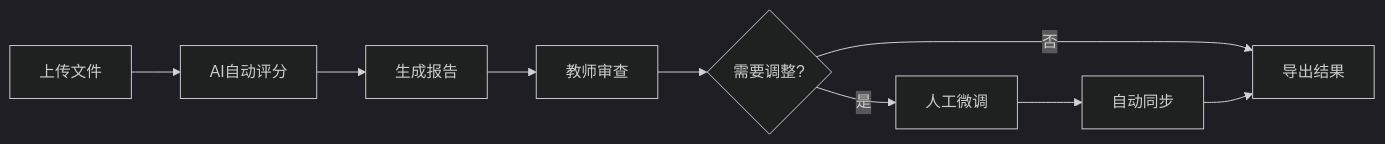
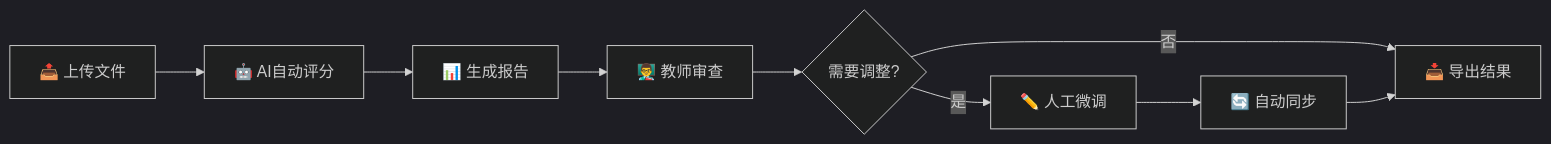
One commit to WyattYuan/grading_copilot changed the diagram in README.md. Above: the diagram before and after it, drawn with Mermaid (dark theme). The commit also changed other lines of this file and 2 other files, not shown here.

````diff
--- a/README.md
+++ b/README.md
@@ -123,11 +238,11 @@
 ```mermaid
 graph LR
-    A[上传文件] --> B[AI自动评分]
-    B --> C[生成报告]
-    C --> D[教师审查]
+    A[📤 上传文件] --> B[🤖 AI自动评分]
+    B --> C[📊 生成报告]
+    C --> D[👨‍🏫 教师审查]
     D --> E{需要调整?}
-    E -->|是| F[人工微调]
-    E -->|否| G[导出结果]
-    F --> H[自动同步]
+    E -->|是| F[✏️ 人工微调]
+    E -->|否| G[📥 导出结果]
+    F --> H[🔄 自动同步]
     H --> G
 ```
````
